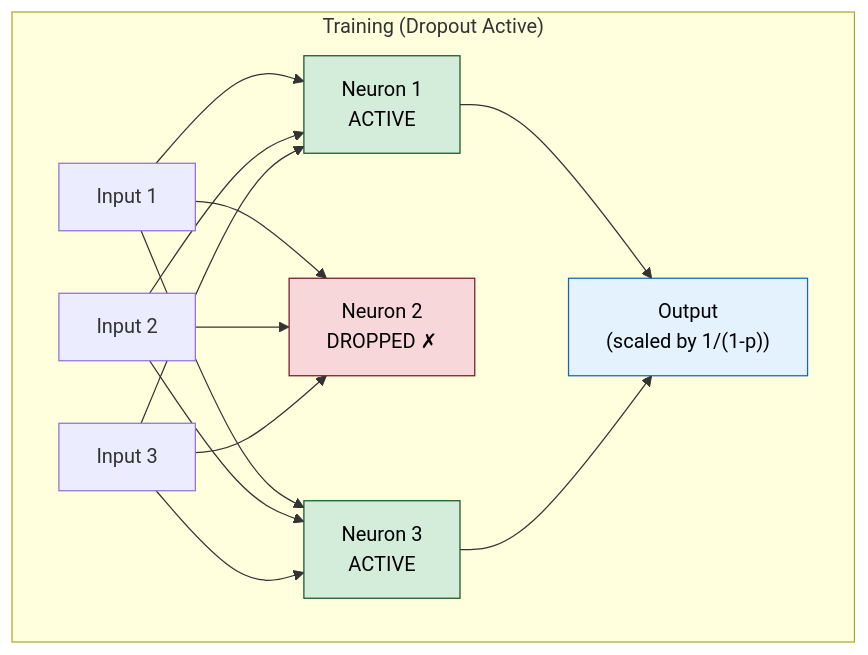
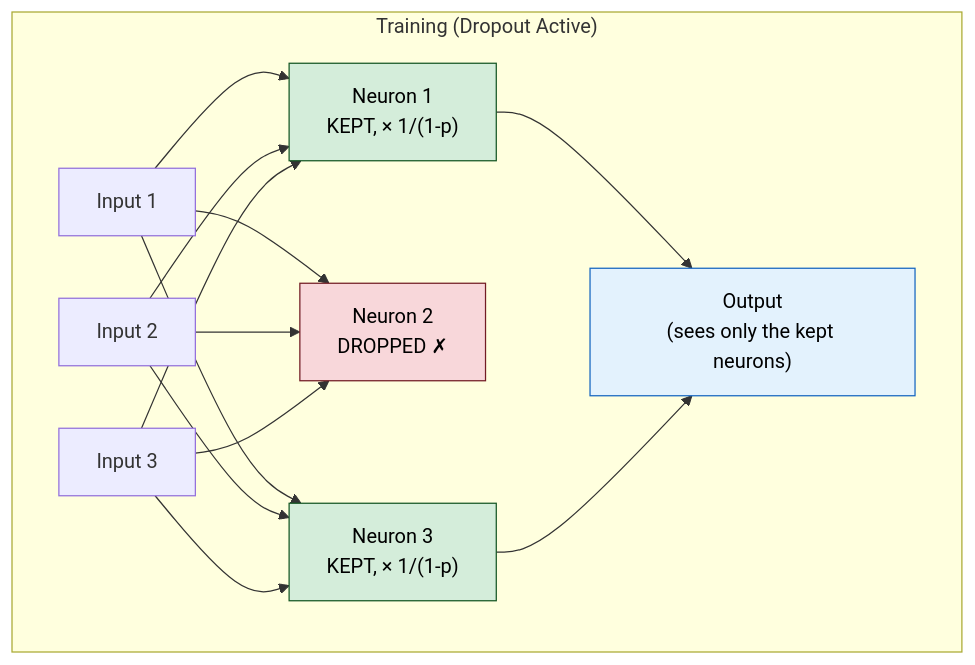
Diagram 11 of 47 in content/34_google_top10_ml_interview.md (Hmago/ml4), drawn with Mermaid before and after one commit. The commit also changed other lines of this file and 59 other files, not shown here.

````diff
--- a/content/34_google_top10_ml_interview.md
+++ b/content/34_google_top10_ml_interview.md
@@ -664,21 +886,21 @@
 ```mermaid
 graph TD
     subgraph "Training (Dropout Active)"
-        I1["Input 1"] --> H1["Neuron 1<br/>ACTIVE"]
+        I1["Input 1"] --> H1["Neuron 1<br/>KEPT, × 1/(1-p)"]
         I1 --> H2["Neuron 2<br/>DROPPED ✗"]
-        I1 --> H3["Neuron 3<br/>ACTIVE"]
+        I1 --> H3["Neuron 3<br/>KEPT, × 1/(1-p)"]
         I2["Input 2"] --> H1
         I2 --> H2
         I2 --> H3
         I3["Input 3"] --> H1
         I3 --> H2
         I3 --> H3
-        H1 --> O["Output<br/>(scaled by 1/(1-p))"]
+        H1 --> O["Output<br/>(sees only the kept neurons)"]
         H3 --> O
     end
 
     style H2 fill:#f8d7da,stroke:#721c24,color:#000
     style H1 fill:#d4edda,stroke:#155724,color:#000
     style H3 fill:#d4edda,stroke:#155724,color:#000
     style O fill:#e3f2fd,stroke:#1565c0,color:#000
 ```
````
